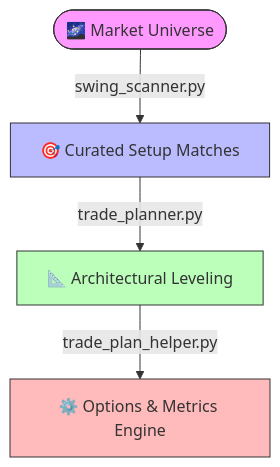
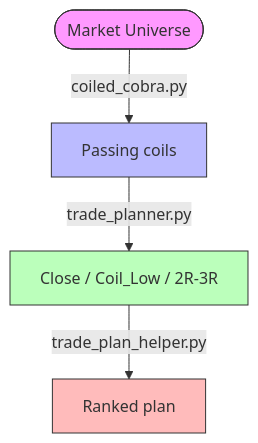
One commit to jigar3730/finance-vibe changed the diagram in Trade Plan Calculations.md. Above: the diagram before and after it, drawn with Mermaid. The commit also changed other lines of this file and 31 other files, not shown here.

First line of the commit message:
Align pipeline with Coiled Cobra v2.1 rubric and set daily as primary timeframe

````diff
--- a/Trade Plan Calculations.md
+++ b/Trade Plan Calculations.md
@@ -11,13 +11,12 @@
 ```mermaid
 graph TD
-    A([🌌 Market Universe]) 
-    A -->|swing_scanner.py| B[🎯 Curated Setup Matches]
-    B -->|trade_planner.py| C[📐 Architectural Leveling]
-    C -->|trade_plan_helper.py| D[⚙️ Options & Metrics Engine]
+    A([Market Universe])
+    A -->|coiled_cobra.py| B[Passing coils]
+    B -->|trade_planner.py| C[Close / Coil_Low / 2R-3R]
+    C -->|trade_plan_helper.py| D[Ranked plan]
 
     style A fill:#f9f,stroke:#333,stroke-width:1px
     style B fill:#bbf,stroke:#333,stroke-width:1px
     style C fill:#bfb,stroke:#333,stroke-width:1px
     style D fill:#fbb,stroke:#333,stroke-width:1px
-
 ```
````
